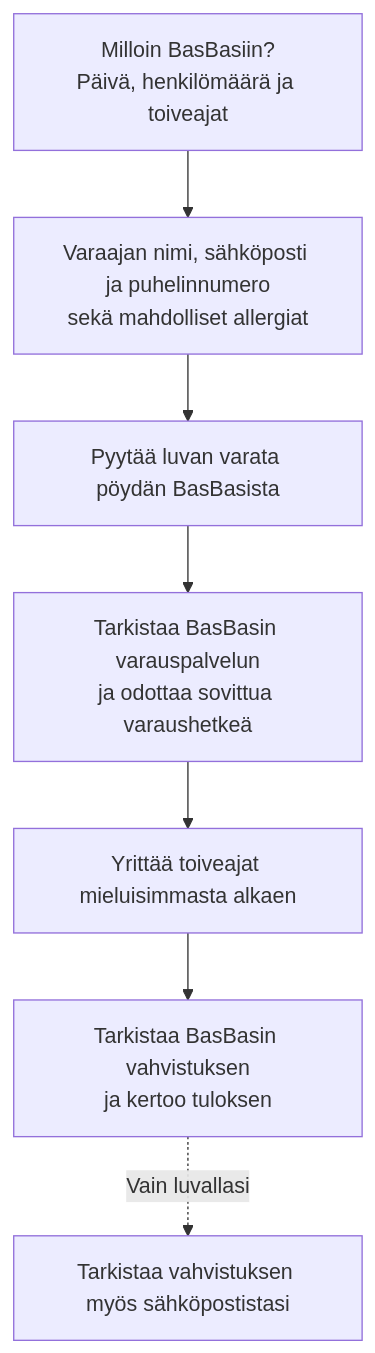
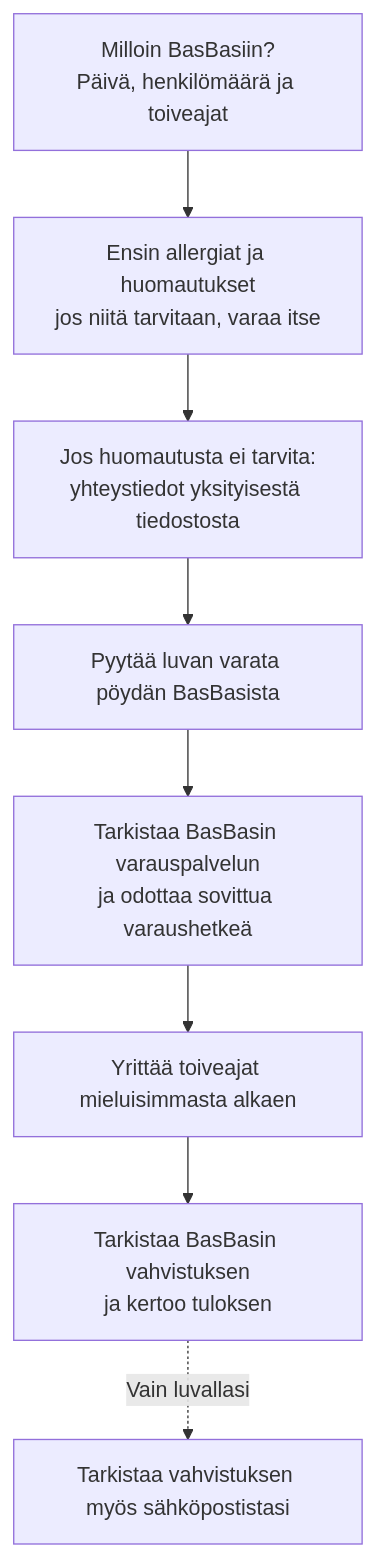
The diagram in README.md (ilpojohannes/basbas-booking-skill), drawn with Mermaid before and after one commit. The commit also changed other lines of this file and 6 other files, not shown here.

````diff
--- a/README.md
+++ b/README.md
@@ -7,9 +7,10 @@
 ```mermaid
 flowchart TD
-    A["Milloin BasBasiin?<br/>Päivä, henkilömäärä ja toiveajat"] --> B["Varaajan nimi, sähköposti ja puhelinnumero<br/>sekä mahdolliset allergiat"]
-    B --> C["Pyytää luvan varata pöydän BasBasista"]
+    A["Milloin BasBasiin?<br/>Päivä, henkilömäärä ja toiveajat"] --> B["Ensin allergiat ja huomautukset<br/>jos niitä tarvitaan, varaa itse"]
+    B --> H["Jos huomautusta ei tarvita:<br/>yhteystiedot yksityisestä tiedostosta"]
+    H --> C["Pyytää luvan varata pöydän BasBasista"]
     C --> D["Tarkistaa BasBasin varauspalvelun<br/>ja odottaa sovittua varaushetkeä"]
     D --> E["Yrittää toiveajat mieluisimmasta alkaen"]
     E --> F["Tarkistaa BasBasin vahvistuksen<br/>ja kertoo tuloksen"]
     F -. "Vain luvallasi" .-> G["Tarkistaa vahvistuksen myös sähköpostistasi"]
 ```
````
